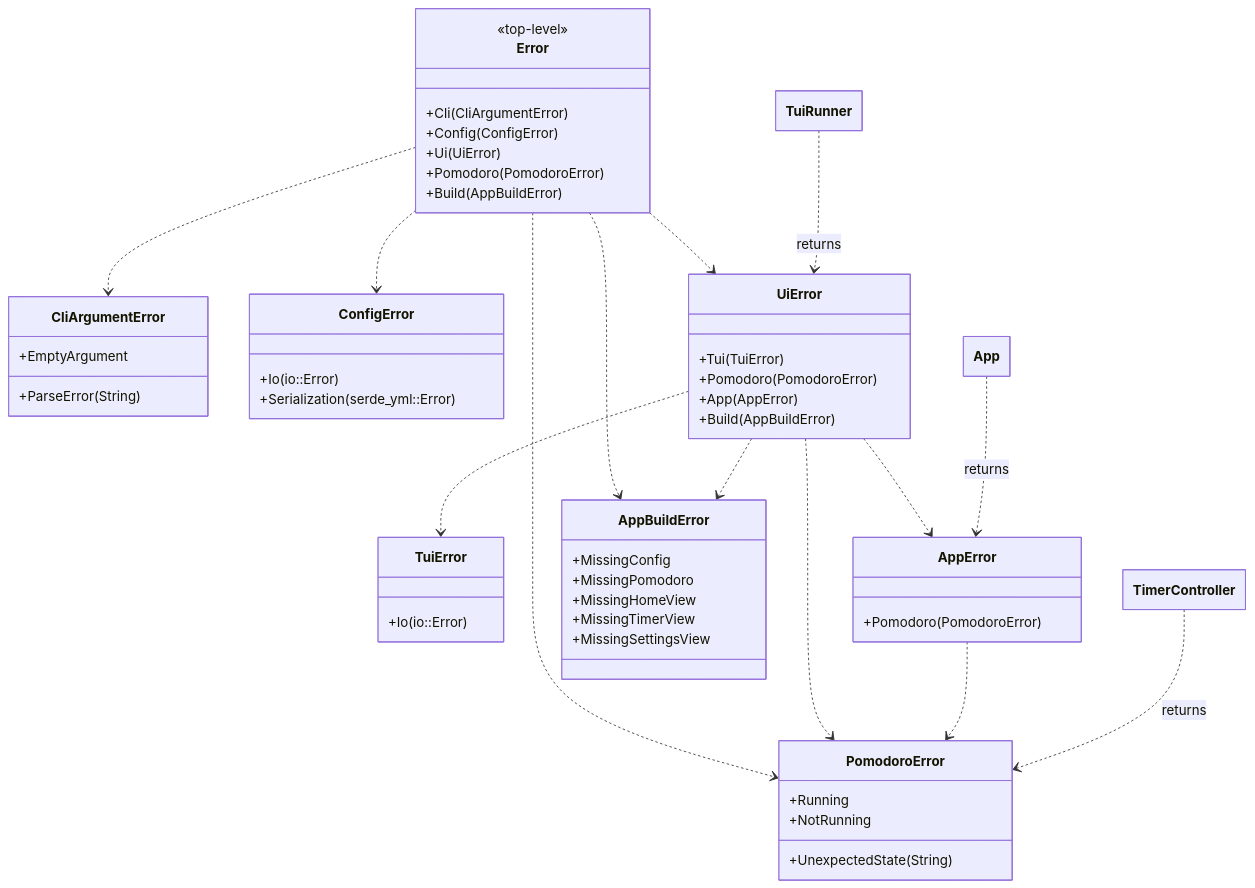
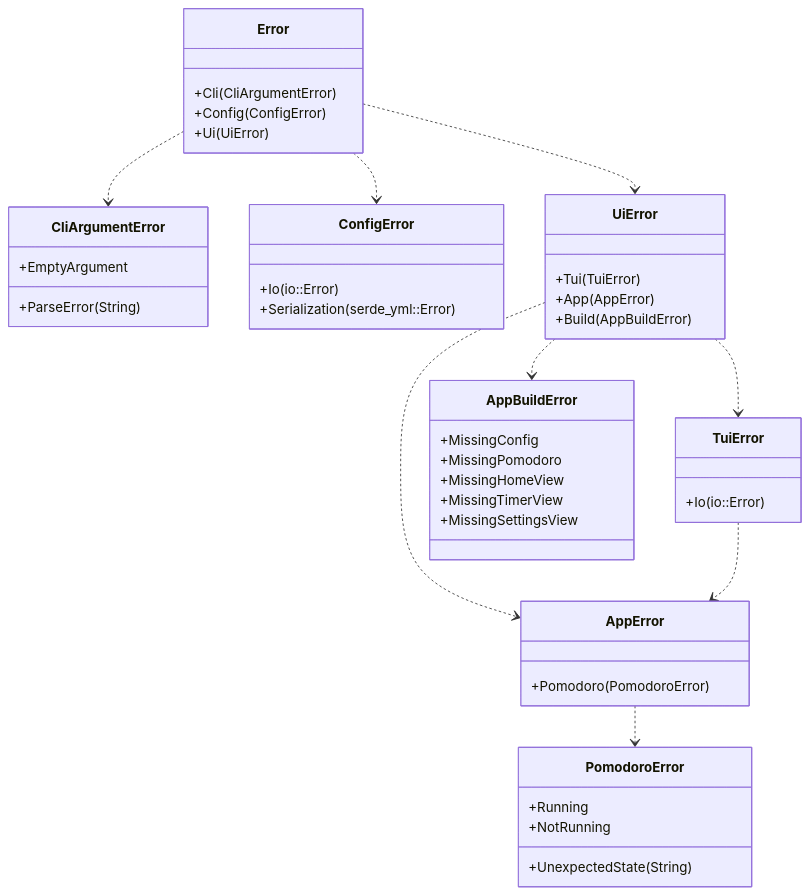
The diagram in docs/diagrams/errors.mmd (FAZuH/tomo), drawn with Mermaid before and after one commit. The commit also changed 13 other files, not shown here.

Commit message:
docs: update diagrams

```diff
--- a/docs/diagrams/errors.mmd
+++ b/docs/diagrams/errors.mmd
@@ -1,74 +1,63 @@
 ---
 config:
   class:
     hideEmptyMembersBox: true
 ---
 classDiagram
-    direction TB
+    direction TD
 
     class Error {
-        <<top-level>>
         +Cli(CliArgumentError)
         +Config(ConfigError)
         +Ui(UiError)
-        +Pomodoro(PomodoroError)
-        +Build(AppBuildError)
     }
 
     class CliArgumentError {
         +EmptyArgument
         +ParseError(String)
     }
 
     class ConfigError {
         +Io(io::Error)
         +Serialization(serde_yml::Error)
     }
 
     class UiError {
         +Tui(TuiError)
-        +Pomodoro(PomodoroError)
         +App(AppError)
         +Build(AppBuildError)
     }
 
     class TuiError {
         +Io(io::Error)
     }
 
     class PomodoroError {
         +Running
         +NotRunning
         +UnexpectedState(String)
     }
 
     class AppError {
         +Pomodoro(PomodoroError)
     }
 
     class AppBuildError {
         +MissingConfig
         +MissingPomodoro
         +MissingHomeView
         +MissingTimerView
         +MissingSettingsView
     }
 
     Error ..> CliArgumentError
     Error ..> ConfigError
     Error ..> UiError
-    Error ..> PomodoroError
-    Error ..> AppBuildError
 
     UiError ..> TuiError
-    UiError ..> PomodoroError
     UiError ..> AppError
     UiError ..> AppBuildError
 
+    TuiError ..> AppError
+
     AppError ..> PomodoroError
-
-    TuiRunner ..> UiError : returns
-
-    App ..> AppError : returns
-
-    TimerController ..> PomodoroError : returns
```
